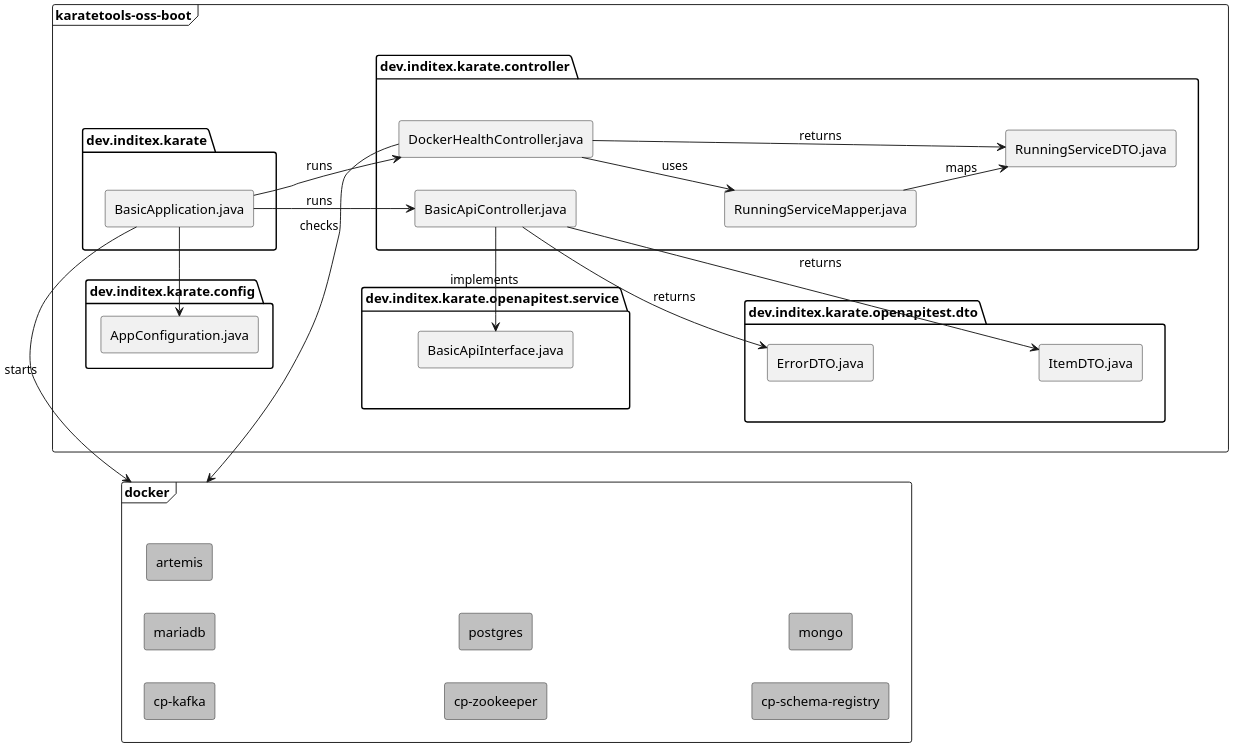
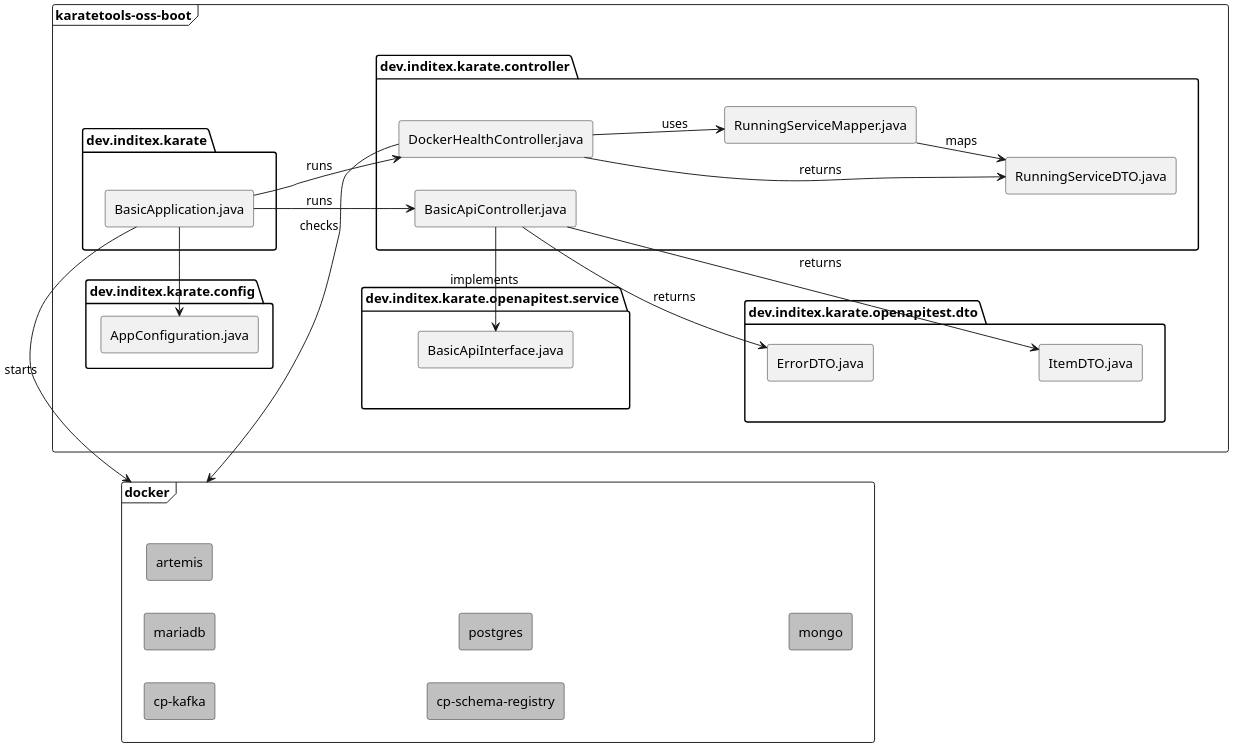
The diagram in docs/src/modules/puml/partials/karatetools-oss-boot.puml (InditexTech/karatetools-oss), drawn with PlantUML before and after one commit. The commit also changed 46 other files, not shown here.

```diff
--- a/docs/src/modules/puml/partials/karatetools-oss-boot.puml
+++ b/docs/src/modules/puml/partials/karatetools-oss-boot.puml
@@ -1,72 +1,70 @@
 @startuml karatetools-oss-boot
 skinparam componentStyle rectangle
 left to right direction
 scale 2
 
 frame "karatetools-oss-boot" {
   package "dev.inditex.karate" {
     [BasicApplication.java]
   }
   package "dev.inditex.karate.config" {
     [AppConfiguration.java]
   }
   package "dev.inditex.karate.controller" {
     [BasicApiController.java]
     [DockerHealthController.java]
     [RunningServiceDTO.java]
     [RunningServiceMapper.java]
   }
   package "dev.inditex.karate.openapitest.service" {
     [BasicApiInterface.java]
   }
   package "dev.inditex.karate.openapitest.dto" {
     [ErrorDTO.java]
     [ItemDTO.java]
   }
 }
 
 ' Relationships
 
 [dev.inditex.karate] .[hidden]. [dev.inditex.karate.controller]
 [dev.inditex.karate.controller] .left[hidden]. [dev.inditex.karate.openapitest.service]
 [dev.inditex.karate.openapitest.service] .[hidden]. [dev.inditex.karate.openapitest.dto]
 
 [ErrorDTO.java] .down[hidden]. [ItemDTO.java]
 
 [BasicApplication.java] -left-> [AppConfiguration.java]
 [BasicApplication.java] --> [BasicApiController.java] : runs
 [BasicApplication.java] --> [DockerHealthController.java] : runs
 
 [BasicApiController.java] -down-> [BasicApiInterface.java] : implements
 [BasicApiController.java] -down-> [ErrorDTO.java] : returns
 [BasicApiController.java] -down-> [ItemDTO.java] : returns
 
 [DockerHealthController.java] --> [RunningServiceDTO.java] : returns
 [DockerHealthController.java] --> [RunningServiceMapper.java] : uses
 [RunningServiceMapper.java] --> [RunningServiceDTO.java] : maps
 
 frame docker {
   [artemis] #Silver
   [cp-kafka] #Silver
   [cp-schema-registry] #Silver
-  [cp-zookeeper] #Silver
   [mariadb] #Silver
   [mongo] #Silver
   [postgres] #Silver
 
   ' Relationships
 
   [artemis] -[hidden]left- [mariadb]
   [mariadb] -[hidden]down- [postgres]
   [postgres] -[hidden]down- [mongo]
   [mariadb] -[hidden]left- [cp-kafka]
-  [cp-kafka] -[hidden]down- [cp-zookeeper]
-  [cp-zookeeper] -[hidden]down- [cp-schema-registry]
+  [cp-kafka] -[hidden]down- [cp-schema-registry]
 }
 
 ' Relationships
 
 [BasicApplication.java] -left-> [docker] : starts
 [DockerHealthController.java] -left-> [docker] : checks
 
 @enduml
```
